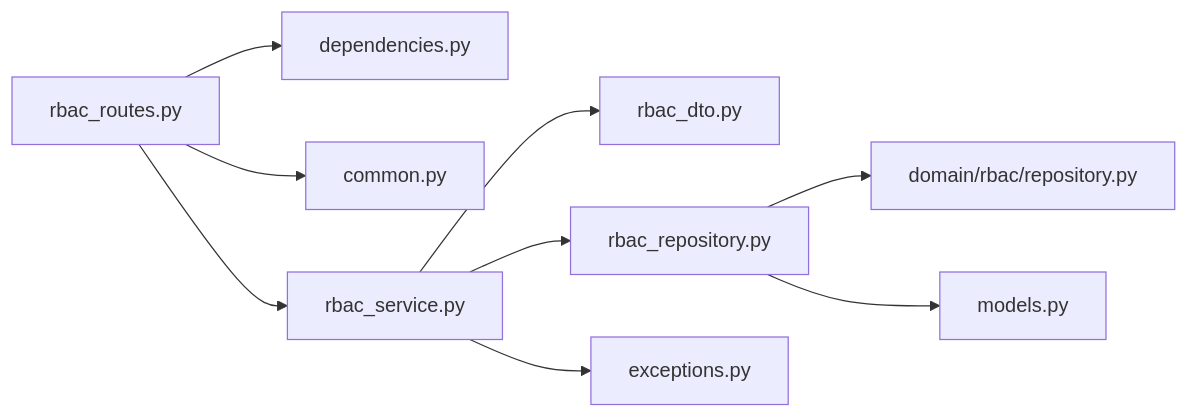
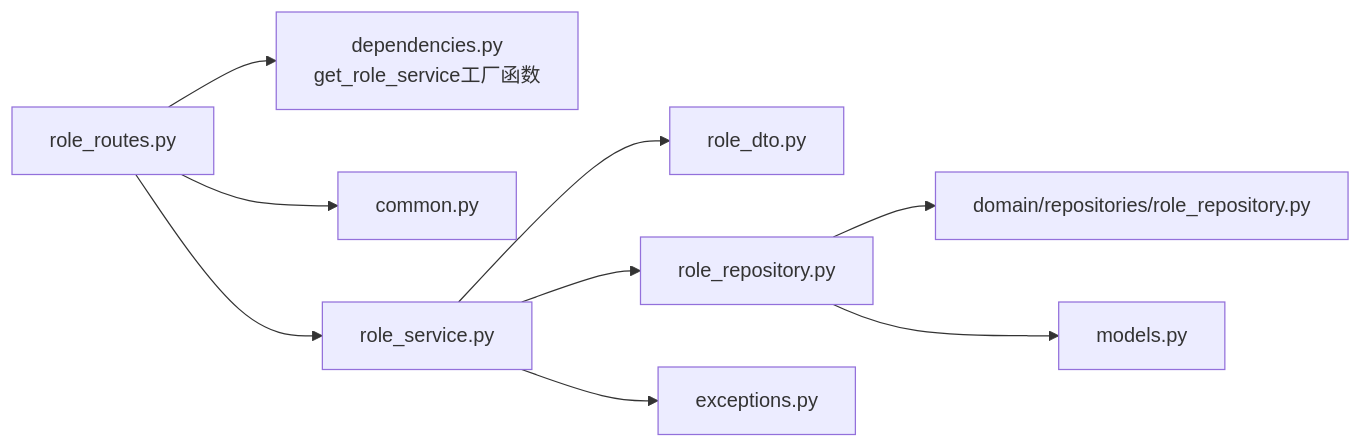
One commit to taoweidong/Hello-FastApi changed the sixth of 6 diagrams in .qoder/repowiki/zh/content/项目概述/核心特性/RBAC 权限控制/角色管理.md. Above: the diagram before and after it, drawn with Mermaid. The commit also changed other lines of this file and 9 other files, not shown here.

````diff
--- a/.qoder/repowiki/zh/content/项目概述/核心特性/RBAC 权限控制/角色管理.md
+++ b/.qoder/repowiki/zh/content/项目概述/核心特性/RBAC 权限控制/角色管理.md
@@ -346,11 +420,11 @@
 ```mermaid
 graph LR
-API["rbac_routes.py"] --> DEP["dependencies.py"]
+API["role_routes.py"] --> DEP["dependencies.py<br/>get_role_service工厂函数"]
 API --> COM["common.py"]
-API --> SVC["rbac_service.py"]
-SVC --> DTO["rbac_dto.py"]
-SVC --> REPO["rbac_repository.py"]
+API --> SVC["role_service.py"]
+SVC --> DTO["role_dto.py"]
+SVC --> REPO["role_repository.py"]
 SVC --> EXC["exceptions.py"]
-REPO --> IF["domain/rbac/repository.py"]
+REPO --> IF["domain/repositories/role_repository.py"]
 REPO --> MOD["models.py"]
 ```
````
